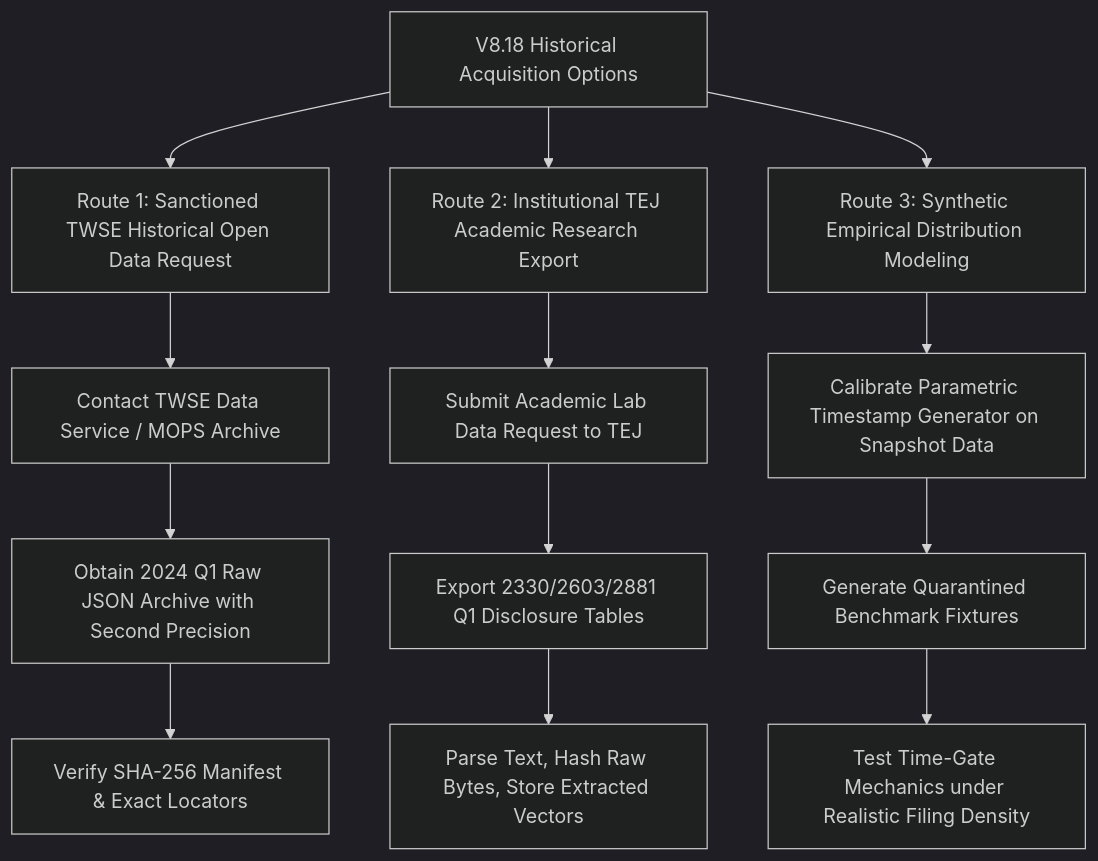
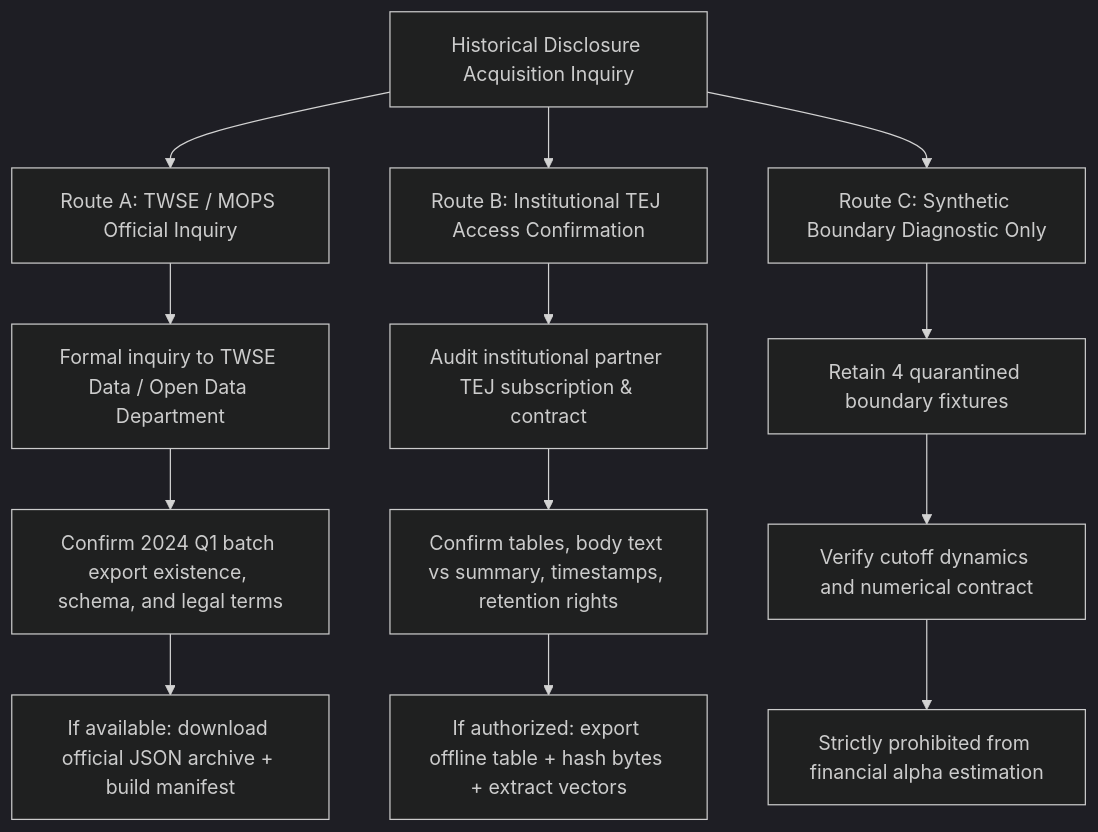
The second of 2 diagrams in docs/reports/v8_18_historical_data_access_feasibility.md (Augustine-723/News-Aware-Attention-Based-Deep-Reinforcement-Learning-for-Stock-Trading), drawn with Mermaid (dark theme) before and after one commit. The commit also changed other lines of this file and 4 other files, not shown here.

Commit message:
fix(v8.18): source evidence verification, quarantine ingestion gate, and metadata numerical contract

````diff
--- a/docs/reports/v8_18_historical_data_access_feasibility.md
+++ b/docs/reports/v8_18_historical_data_access_feasibility.md
@@ -123,18 +132,18 @@
 ```mermaid
 flowchart TD
-    Start["V8.18 Historical Acquisition Options"] --> Opt1["Route 1: Sanctioned TWSE Historical Open Data Request"]
-    Start --> Opt2["Route 2: Institutional TEJ Academic Research Export"]
-    Start --> Opt3["Route 3: Synthetic Empirical Distribution Modeling"]
+    Start["Historical Disclosure Acquisition Inquiry"] --> RouteA["Route A: TWSE / MOPS Official Inquiry"]
+    Start --> RouteB["Route B: Institutional TEJ Access Confirmation"]
+    Start --> RouteC["Route C: Synthetic Boundary Diagnostic Only"]
 
-    Opt1 --> P1["Contact TWSE Data Service / MOPS Archive"]
-    P1 --> O1["Obtain 2024 Q1 Raw JSON Archive with Second Precision"]
-    O1 --> V1["Verify SHA-256 Manifest & Exact Locators"]
+    RouteA --> A1["Formal inquiry to TWSE Data / Open Data Department"]
+    A1 --> A2["Confirm 2024 Q1 batch export existence, schema, and legal terms"]
+    A2 --> A3["If available: download official JSON archive + build manifest"]
 
-    Opt2 --> P2["Submit Academic Lab Data Request to TEJ"]
-    P2 --> O2["Export 2330/2603/2881 Q1 Disclosure Tables"]
-    O2 --> V2["Parse Text, Hash Raw Bytes, Store Extracted Vectors"]
+    RouteB --> B1["Audit institutional partner TEJ subscription & contract"]
+    B1 --> B2["Confirm tables, body text vs summary, timestamps, retention rights"]
+    B2 --> B3["If authorized: export offline table + hash bytes + extract vectors"]
 
-    Opt3 --> P3["Calibrate Parametric Timestamp Generator on Snapshot Data"]
-    P3 --> O3["Generate Quarantined Benchmark Fixtures"]
-    O3 --> V3["Test Time-Gate Mechanics under Realistic Filing Density"]
+    RouteC --> C1["Retain 4 quarantined boundary fixtures"]
+    C1 --> C2["Verify cutoff dynamics and numerical contract"]
+    C2 --> C3["Strictly prohibited from financial alpha estimation"]
 ```
````
